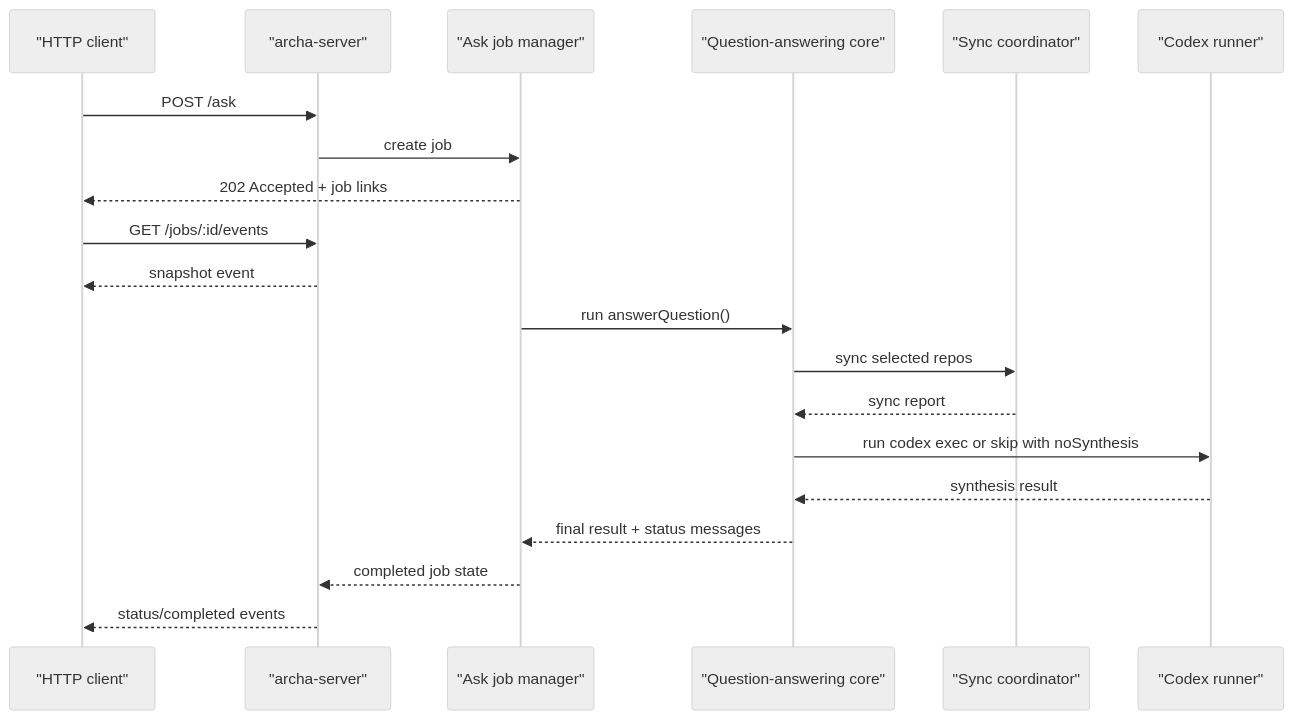
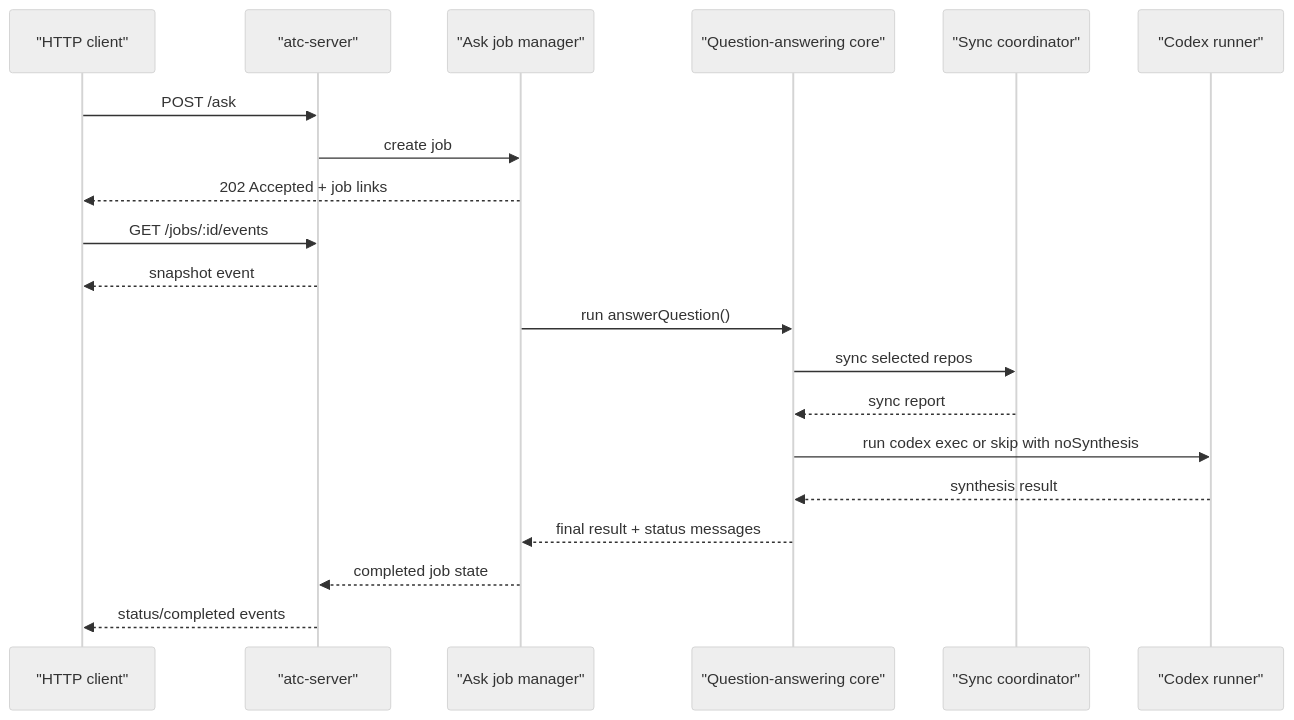
The second of 2 diagrams in specs/architecture.md (leanish/archa), drawn with Mermaid (neutral theme) before and after one commit. The commit also changed other lines of this file and 45 other files, not shown here.

````diff
--- a/specs/architecture.md
+++ b/specs/architecture.md
@@ -50,25 +50,25 @@
 ```mermaid
 sequenceDiagram
   participant Client as "HTTP client"
-  participant Server as "archa-server"
+  participant Server as "atc-server"
   participant Jobs as "Ask job manager"
   participant Core as "Question-answering core"
   participant Sync as "Sync coordinator"
   participant Codex as "Codex runner"
 
   Client->>Server: POST /ask
   Server->>Jobs: create job
   Jobs-->>Client: 202 Accepted + job links
 
   Client->>Server: GET /jobs/:id/events
   Server-->>Client: snapshot event
 
   Jobs->>Core: run answerQuestion()
   Core->>Sync: sync selected repos
   Sync-->>Core: sync report
   Core->>Codex: run codex exec or skip with noSynthesis
   Codex-->>Core: synthesis result
   Core-->>Jobs: final result + status messages
   Jobs-->>Server: completed job state
   Server-->>Client: status/completed events
 ```
````
